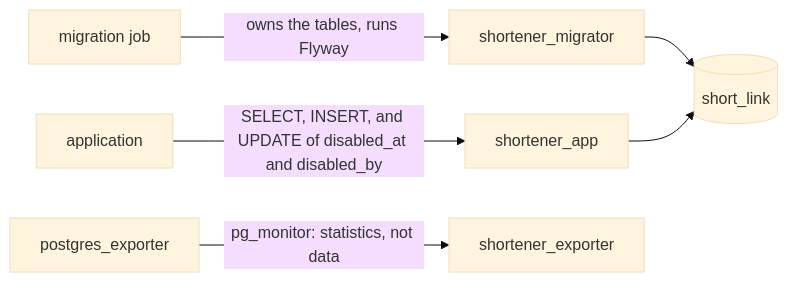
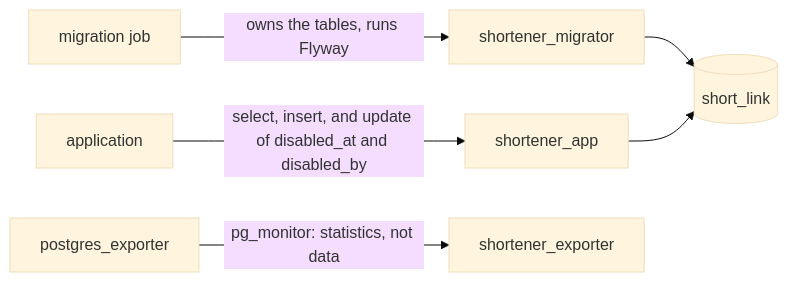
One commit to christ008/shortener changed the third of 7 diagrams in docs/INTERNALS.md. Above: the diagram before and after it, drawn with Mermaid (base theme). The commit also changed other lines of this file and 113 other files, not shown here.

````diff
--- a/docs/INTERNALS.md
+++ b/docs/INTERNALS.md
@@ -154,8 +140,8 @@
 ```mermaid
 flowchart LR
     job["migration job"] -->|"owns the tables, runs Flyway"| migrator["shortener_migrator"]
-    app["application"] -->|"SELECT, INSERT, and UPDATE of disabled_at and disabled_by"| appRole["shortener_app"]
+    app["application"] -->|"select, insert, and update of disabled_at and disabled_by"| appRole["shortener_app"]
     exporter["postgres_exporter"] -->|"pg_monitor: statistics, not data"| exporterRole["shortener_exporter"]
     migrator --> table[("short_link")]
     appRole --> table
 ```
````
